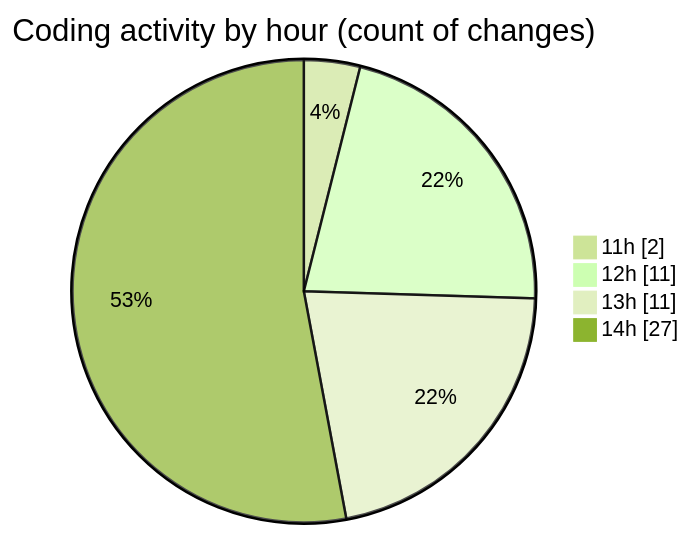
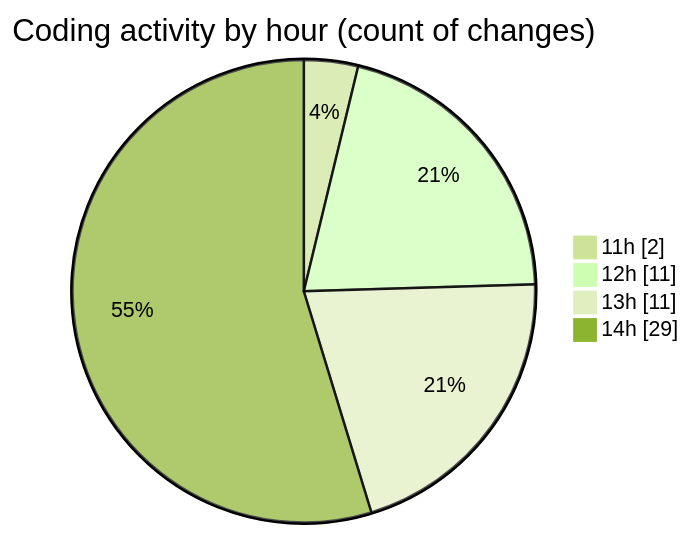
The second of 2 diagrams in 2025-04-04/cda/README.md (momahboobian/code-tracking), drawn with Mermaid (forest theme) before and after one commit. The commit also changed other lines of this file and 1 other file, not shown here.

````diff
--- a/2025-04-04/cda/README.md
+++ b/2025-04-04/cda/README.md
@@ -42,8 +42,8 @@
 ```mermaid
 pie showData
 title Coding activity by hour (count of changes)
 "11h" : 2
 "12h" : 11
 "13h" : 11
-"14h" : 27
+"14h" : 29
 ```
````
